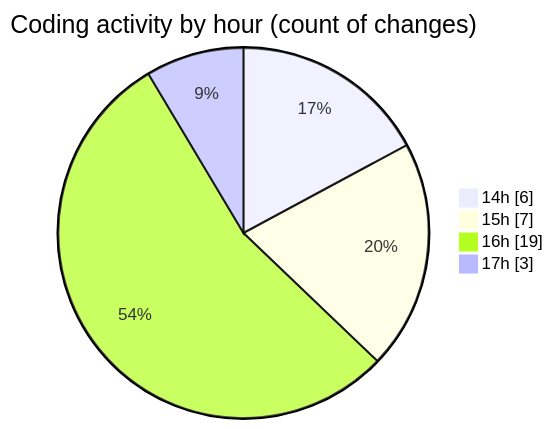
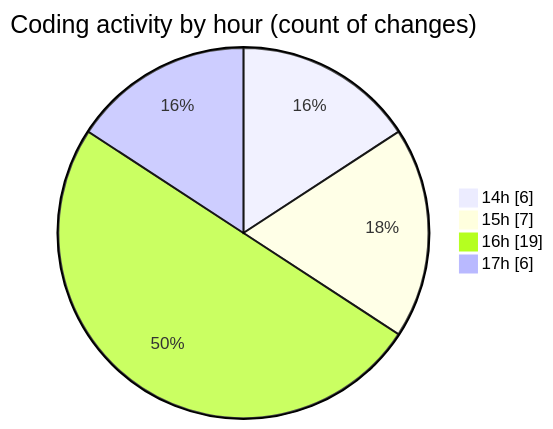
Before and after one commit to igalym/code-tracking: the second of 2 diagrams in 2026-03-30/cinema/README.md, drawn with Mermaid. The commit also changed other lines of this file and 1 other file, not shown here.

````diff
--- a/2026-03-30/cinema/README.md
+++ b/2026-03-30/cinema/README.md
@@ -35,8 +37,8 @@
 ```mermaid
 pie showData
 title Coding activity by hour (count of changes)
 "14h" : 6
 "15h" : 7
 "16h" : 19
-"17h" : 3
+"17h" : 6
 ```
````
